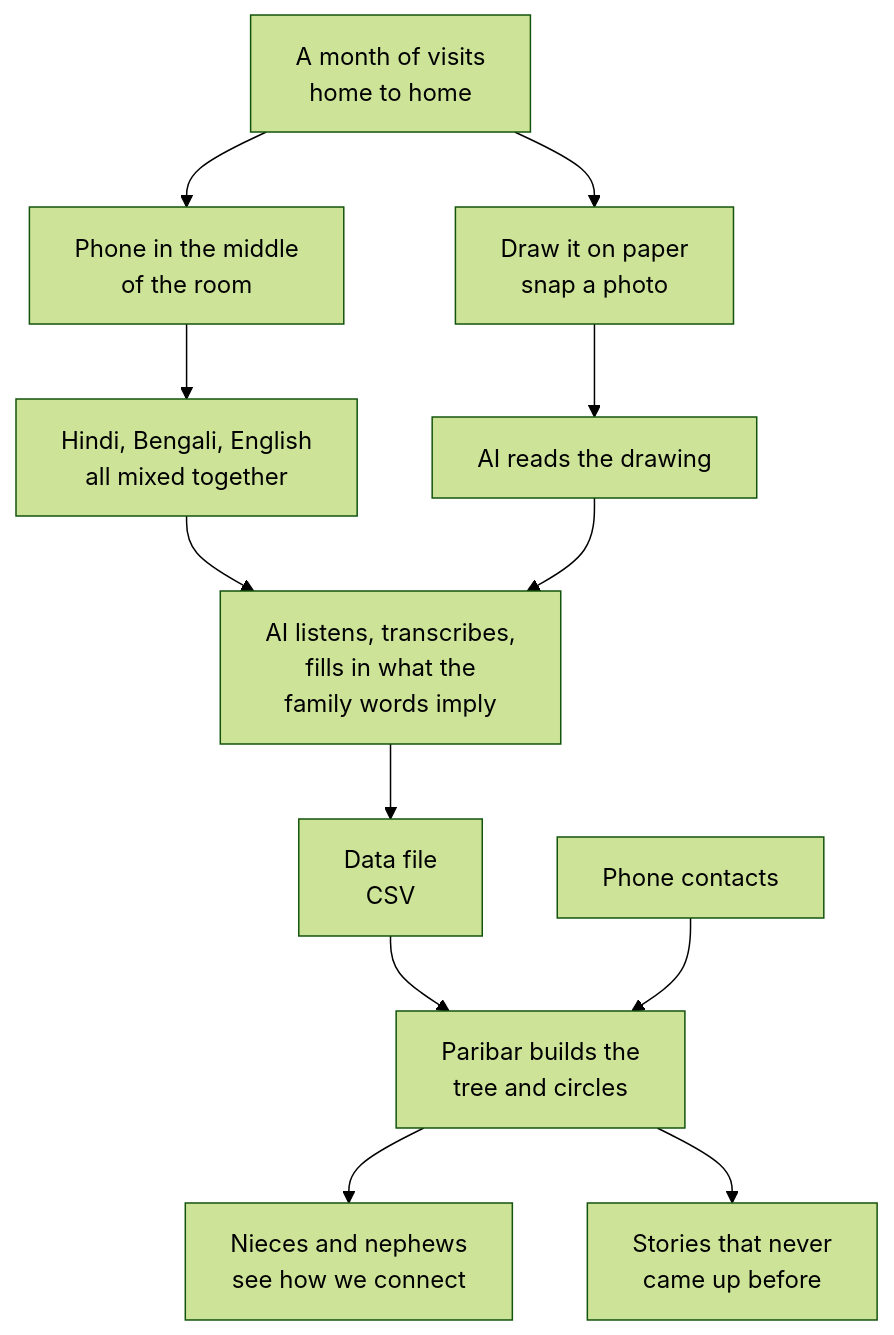
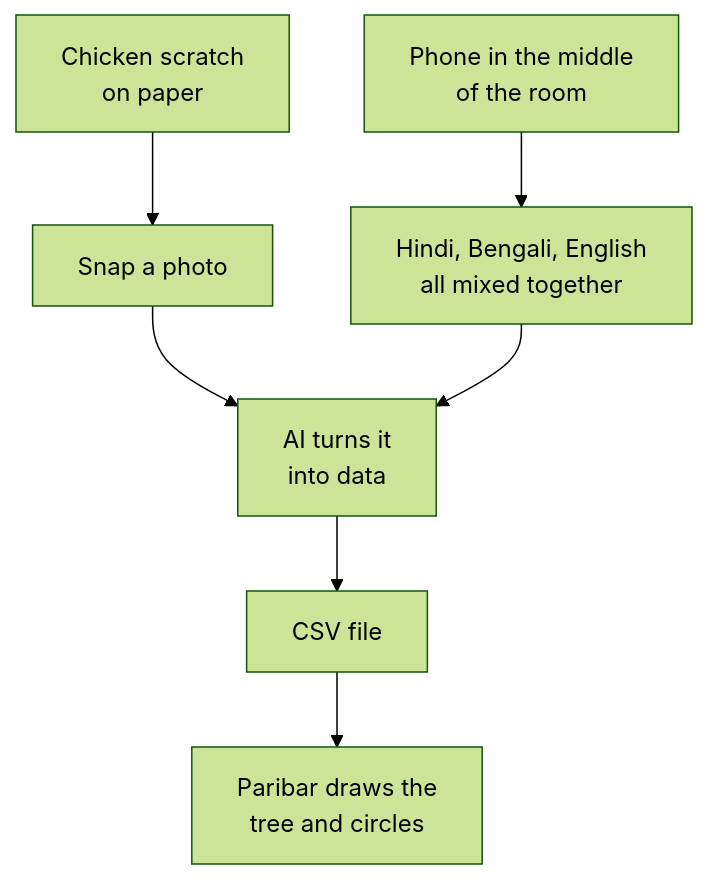
Before and after one commit to akaseahawk/paribar-family-tree: the second of 8 diagrams in README.md, drawn with Mermaid (forest theme). The commit also changed other lines of this file and 12 other files, not shown here.

````diff
--- a/README.md
+++ b/README.md
@@ -15,14 +31,9 @@
 ```mermaid
 flowchart TD
-  A["A month of visits<br/>home to home"] --> B["Draw it on paper<br/>snap a photo"]
-  A --> C["Phone in the middle<br/>of the room"]
-  C --> D["Hindi, Bengali, English<br/>all mixed together"]
-  D --> E["AI listens, transcribes,<br/>fills in what the<br/>family words imply"]
-  B --> R["AI reads the drawing"]
-  R --> E
-  E --> X["Data file<br/>CSV"]
-  X --> F["Paribar builds the<br/>tree and circles"]
-  G["Phone contacts"] --> F
-  F --> H["Nieces and nephews<br/>see how we connect"]
-  F --> I["Stories that never<br/>came up before"]
+  A["Chicken scratch<br/>on paper"] --> P["Snap a photo"]
+  B["Phone in the middle<br/>of the room"] --> M["Hindi, Bengali, English<br/>all mixed together"]
+  P --> AI["AI turns it<br/>into data"]
+  M --> AI
+  AI --> X["CSV file"]
+  X --> F["Paribar draws the<br/>tree and circles"]
 ```
````
